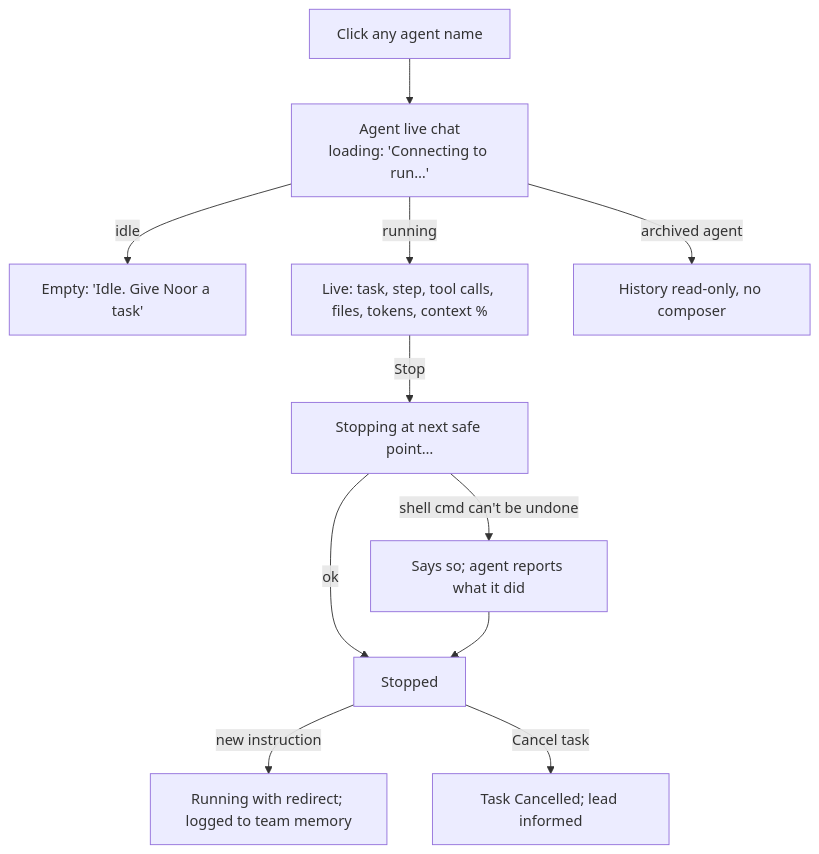
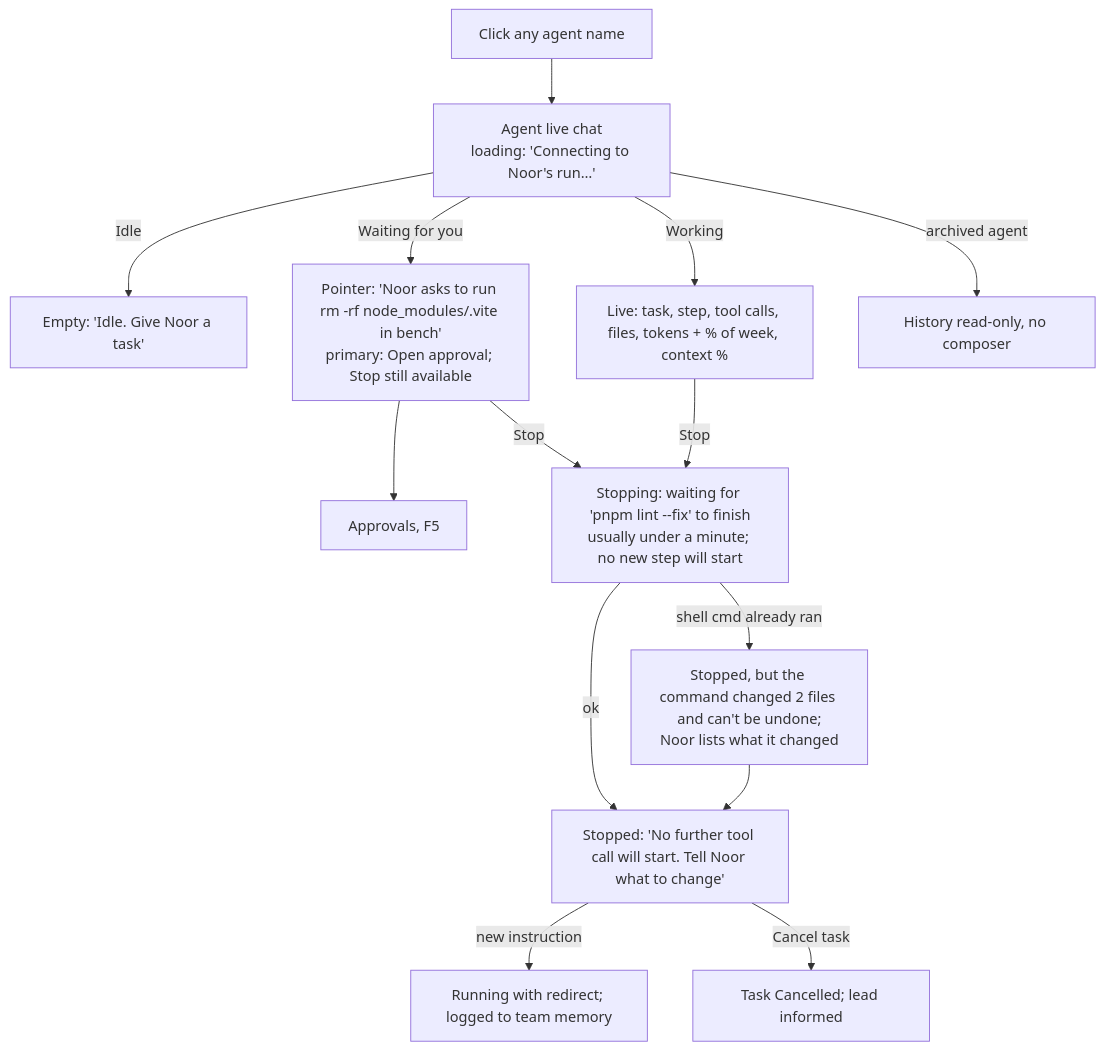
One commit to Majd-Alhakim/bench changed the seventh of 11 diagrams in docs/design/ux/README.md. Above: the diagram before and after it, drawn with Mermaid. The commit also changed other lines of this file and 3 other files, not shown here.

````diff
--- a/docs/design/ux/README.md
+++ b/docs/design/ux/README.md
@@ -263,12 +272,14 @@
 ```mermaid
 flowchart TD
-  A[Click any agent name] --> B[Agent live chat<br/>loading: 'Connecting to run…']
-  B -->|idle| B0[Empty: 'Idle. Give Noor a task']
-  B -->|running| R[Live: task, step, tool calls, files, tokens, context %]
-  R -->|Stop| S[Stopping at next safe point…]
-  S -->|ok| ST[Stopped]
-  S -->|shell cmd can't be undone| E1[Says so; agent reports what it did] --> ST
+  A[Click any agent name] --> B[Agent live chat<br/>loading: 'Connecting to Noor's run…']
+  B -->|Idle| B0[Empty: 'Idle. Give Noor a task']
+  B -->|Waiting for you| WA[Pointer: 'Noor asks to run rm -rf node_modules/.vite in bench'<br/>primary: Open approval; Stop still available] --> F5[Approvals, F5]
+  WA -->|Stop| S
+  B -->|Working| R[Live: task, step, tool calls, files, tokens + % of week, context %]
+  R -->|Stop| S[Stopping: waiting for 'pnpm lint --fix' to finish<br/>usually under a minute; no new step will start]
+  S -->|ok| ST[Stopped: 'No further tool call will start. Tell Noor what to change']
+  S -->|shell cmd already ran| E1[Stopped, but the command changed 2 files and can't be undone;<br/>Noor lists what it changed] --> ST
   ST -->|new instruction| R2[Running with redirect; logged to team memory]
   ST -->|Cancel task| C[Task Cancelled; lead informed]
   B -->|archived agent| E2[History read-only, no composer]
 ```
````
